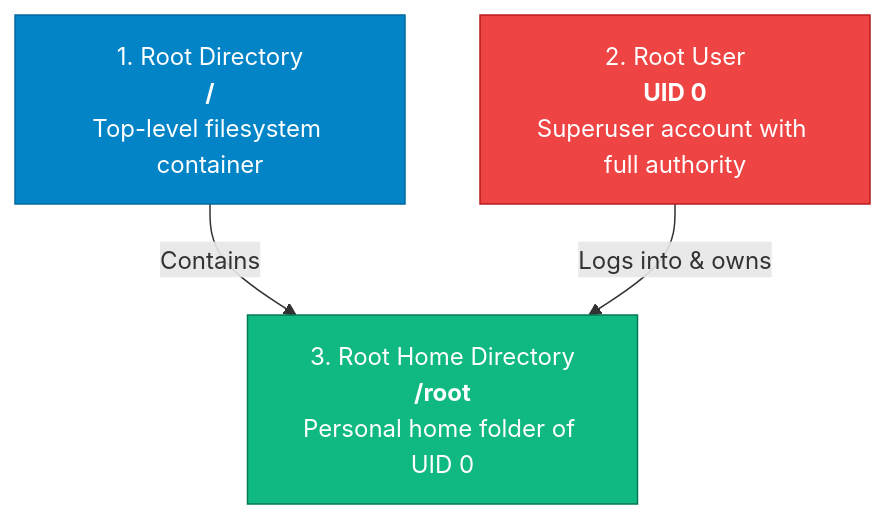
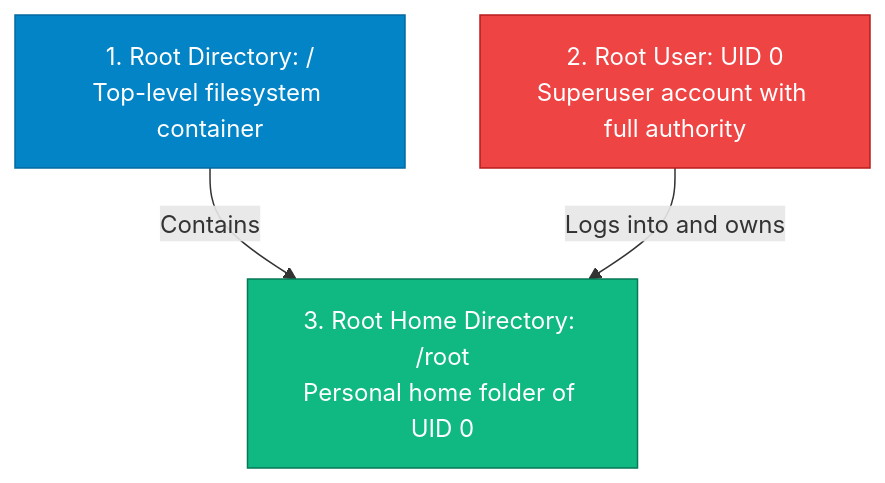
Before and after one commit to Kashif-Mashi/Blue-Team-Handbook: the third of 3 diagrams in System-and-Network-Administrator/assignments/Assignment-01-Linux-File-System-Hierarchy.md, drawn with Mermaid. The commit also changed other lines of this file and 13 other files, not shown here.

Commit message:
Verification & Fixes: Mermaid Diagrams Across the Repository

````diff
--- a/System-and-Network-Administrator/assignments/Assignment-01-Linux-File-System-Hierarchy.md
+++ b/System-and-Network-Administrator/assignments/Assignment-01-Linux-File-System-Hierarchy.md
@@ -147,13 +147,13 @@
 ```mermaid
 graph TD
     classDef rootC fill:#0284c7,stroke:#0369a1,color:#fff;
     classDef userC fill:#ef4444,stroke:#b91c1c,color:#fff;
     classDef homeC fill:#10b981,stroke:#047857,color:#fff;
 
-    RDIR["1. Root Directory<br/><b>/</b><br/>Top-level filesystem container"]:::rootC
-    RUSR["2. Root User<br/><b>UID 0</b><br/>Superuser account with full authority"]:::userC
-    RHOM["3. Root Home Directory<br/><b>/root</b><br/>Personal home folder of UID 0"]:::homeC
+    RDIR["1. Root Directory: /<br/>Top-level filesystem container"]:::rootC
+    RUSR["2. Root User: UID 0<br/>Superuser account with full authority"]:::userC
+    RHOM["3. Root Home Directory: /root<br/>Personal home folder of UID 0"]:::homeC
 
-    RDIR -->|Contains| RHOM
-    RUSR -->|Logs into & owns| RHOM
+    RDIR -->|"Contains"| RHOM
+    RUSR -->|"Logs into and owns"| RHOM
 ```
````
